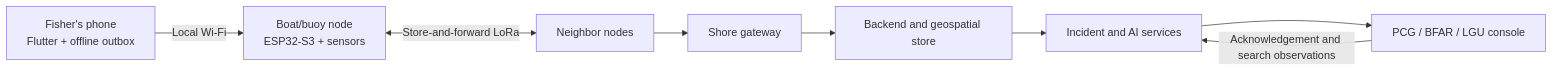
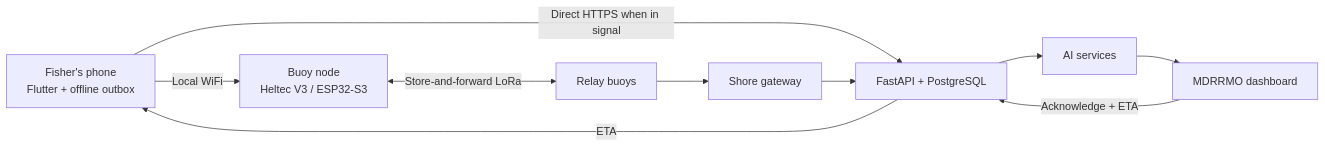
The diagram in README.md (Aquanons/AIHackathon2026_Aquanons_AqOne), drawn with Mermaid before and after one commit. The commit also changed other lines of this file, not shown here.

````diff
--- a/README.md
+++ b/README.md
@@ -42,10 +103,12 @@
 ```mermaid
 flowchart LR
-    A["Fisher's phone\nFlutter + offline outbox"] -->|Local Wi-Fi| B["Boat/buoy node\nESP32-S3 + sensors"]
-    B <-->|Store-and-forward LoRa| C["Neighbor nodes"]
+    A["Fisher's phone<br/>Flutter + offline outbox"] -->|Local WiFi| B["Buoy node<br/>Heltec V3 / ESP32-S3"]
+    A -->|Direct HTTPS when in signal| E
+    B <-->|Store-and-forward LoRa| C["Relay buoys"]
     C --> D["Shore gateway"]
-    D --> E["Backend and geospatial store"]
-    E --> F["Incident and AI services"]
-    F --> G["PCG / BFAR / LGU console"]
-    G -->|Acknowledgement and search observations| F
+    D --> E["FastAPI + PostgreSQL"]
+    E --> F["AI services"]
+    F --> G["MDRRMO dashboard"]
+    G -->|Acknowledge + ETA| E
+    E -->|ETA| A
 ```
````
